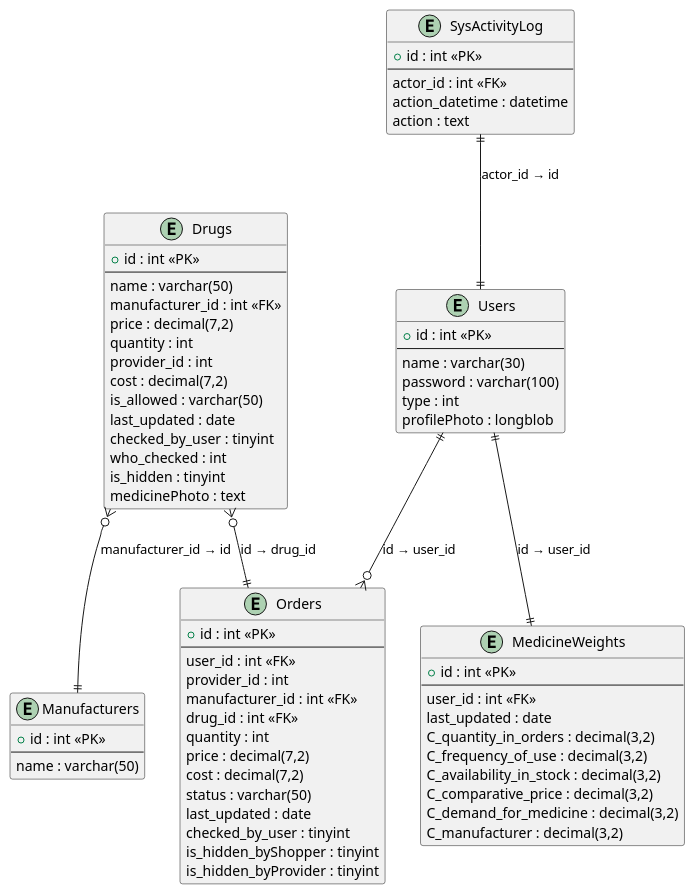
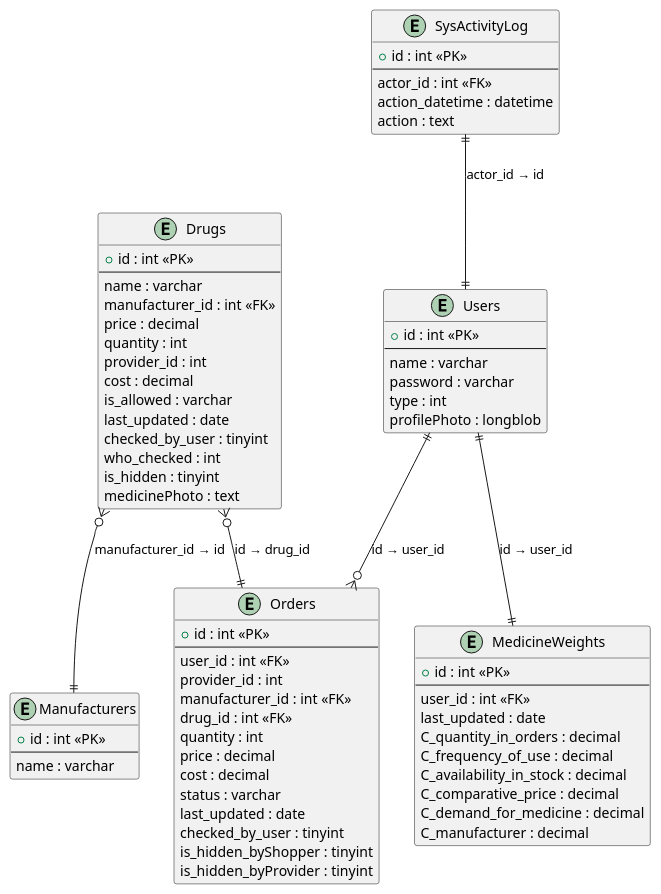
One commit to 11Alone11/php_2 changed the diagram in test.plantuml. Above: the diagram before and after it, drawn with PlantUML. The commit also changed other lines of this file and 1 other file, not shown here.

```diff
--- a/test.plantuml
+++ b/test.plantuml
@@ -1,78 +80,78 @@
 @startuml
 entity "Drugs" as Drugs {
     + id : int <<PK>>
     --
-    name : varchar(50)
+    name : varchar
     manufacturer_id : int <<FK>>
-    price : decimal(7,2)
+    price : decimal
     quantity : int
     provider_id : int
-    cost : decimal(7,2)
-    is_allowed : varchar(50)
+    cost : decimal
+    is_allowed : varchar
     last_updated : date
     checked_by_user : tinyint
     who_checked : int
     is_hidden : tinyint
     medicinePhoto : text
 }
 
 entity "Orders" as Orders {
     + id : int <<PK>>
     --
     user_id : int <<FK>>
     provider_id : int
     manufacturer_id : int <<FK>>
     drug_id : int <<FK>>
     quantity : int
-    price : decimal(7,2)
-    cost : decimal(7,2)
-    status : varchar(50)
+    price : decimal
+    cost : decimal
+    status : varchar
     last_updated : date
     checked_by_user : tinyint
     is_hidden_byShopper : tinyint
     is_hidden_byProvider : tinyint
 }
 
 entity "Users" as Users {
     + id : int <<PK>>
     --
-    name : varchar(30)
-    password : varchar(100)
+    name : varchar
+    password : varchar
     type : int
     profilePhoto : longblob
 }
 
 entity "Manufacturers" as Manufacturers {
     + id : int <<PK>>
     --
-    name : varchar(50)
+    name : varchar
 }
 
 entity "MedicineWeights" as MedicineWeights {
     + id : int <<PK>>
     --
     user_id : int <<FK>>
     last_updated : date
-    C_quantity_in_orders : decimal(3,2)
-    C_frequency_of_use : decimal(3,2)
-    C_availability_in_stock : decimal(3,2)
-    C_comparative_price : decimal(3,2)
-    C_demand_for_medicine : decimal(3,2)
-    C_manufacturer : decimal(3,2)
+    C_quantity_in_orders : decimal
+    C_frequency_of_use : decimal
+    C_availability_in_stock : decimal
+    C_comparative_price : decimal
+    C_demand_for_medicine : decimal
+    C_manufacturer : decimal
 }
 
 entity "SysActivityLog" as SysActivityLog {
     + id : int <<PK>>
     --
     actor_id : int <<FK>>
     action_datetime : datetime
     action : text
 }
 
 ' Исправленные связи между таблицами
 Drugs }o--|| Manufacturers : "manufacturer_id → id"
 Drugs }o--|| Orders : "id → drug_id"
 Users ||--o{ Orders : "id → user_id"
 Users ||--|| MedicineWeights : "id → user_id"
 SysActivityLog ||--|| Users : "actor_id → id"
 @enduml
```
